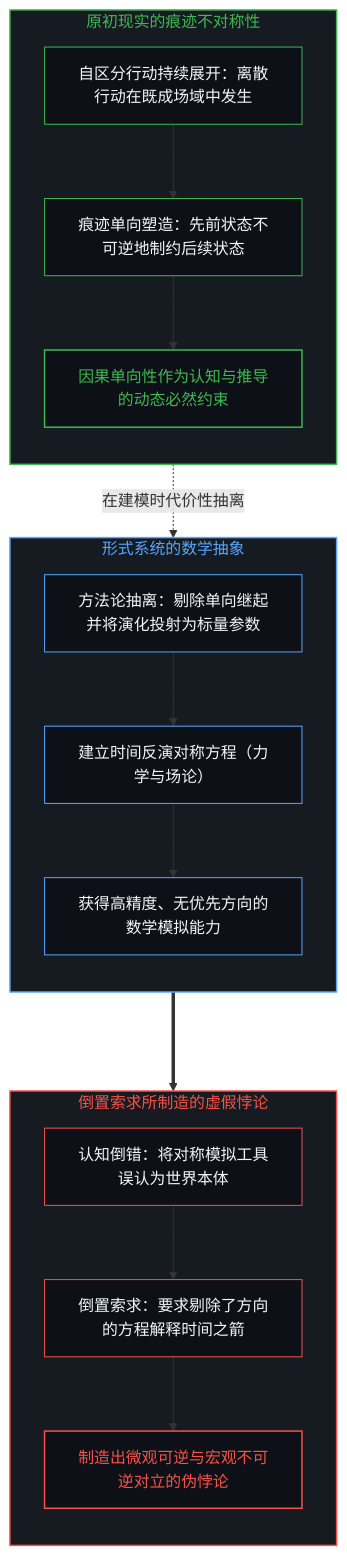
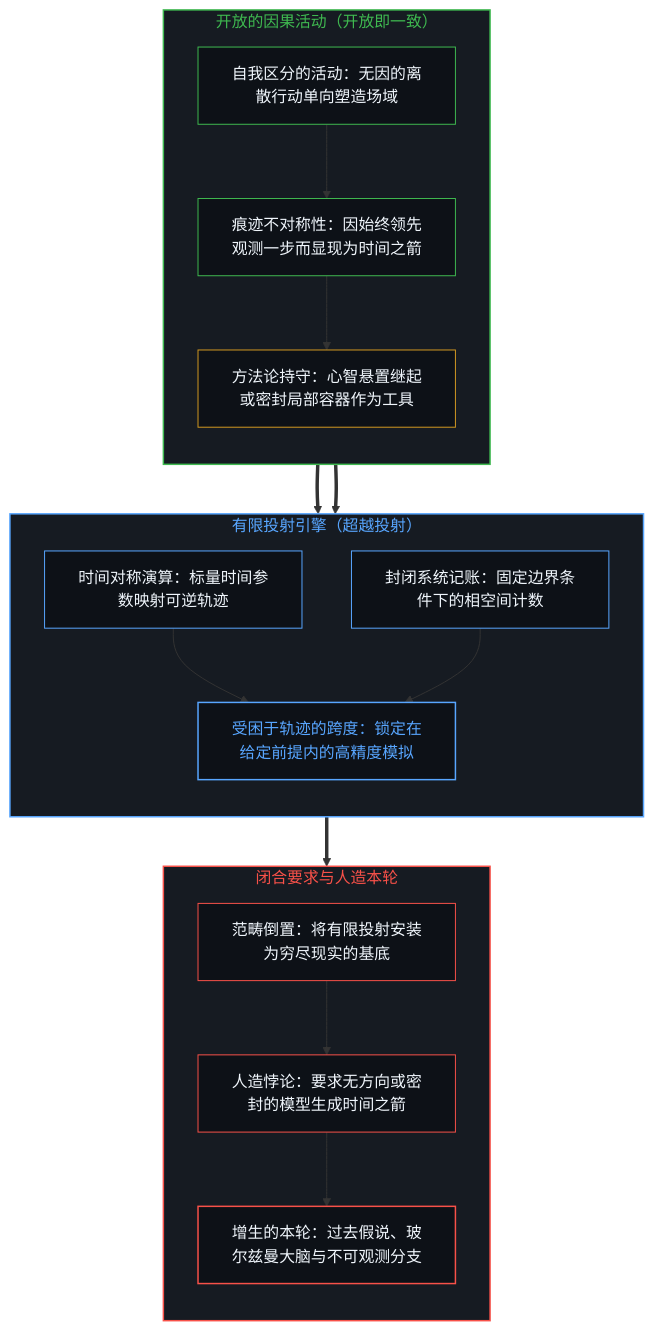
The first of 2 diagrams in content/posts/the-mirage-of-times-arrow-and-the-boundaries-of-simulation.md (powerpig99/not-a-toe), drawn with Mermaid before and after one commit. The commit also changed other lines of this file and 1 other file, not shown here.

Commit message:
Refine Post (Wave 3 L2 #102): the-mirage-of-times-arrow-and-the-boundaries-of-simulation

````diff
--- a/content/posts/the-mirage-of-times-arrow-and-the-boundaries-of-simulation.md
+++ b/content/posts/the-mirage-of-times-arrow-and-the-boundaries-of-simulation.md
@@ -15,36 +27,44 @@
 ```mermaid
-graph TD
-    subgraph S_OntologicalGround ["原初现实的痕迹不对称性"]
+flowchart TD
+    subgraph S_OpenEdge ["开放的因果活动（开放即一致）"]
         direction TB
-        A_Action["自区分行动持续展开：离散行动在既成场域中发生"] --> B_TraceAsymmetry["痕迹单向塑造：先前状态不可逆地制约后续状态"]
-        B_TraceAsymmetry --> C_DynamicNecessity["因果单向性作为认知与推导的动态必然约束"]
+        O_Act["自我区分的活动：无因的离散行动单向塑造场域"]
+        O_Asym["痕迹不对称性：因始终领先观测一步而显现为时间之箭"]
+        O_Hold["方法论持守：心智悬置继起或密封局部容器作为工具"]
+        O_Act --> O_Asym --> O_Hold
     end
 
-    subgraph S_FormalAbstraction ["形式系统的数学抽象"]
+    subgraph S_Projection ["有限投射引擎（超越投射）"]
         direction TB
-        D_MethodOmission["方法论抽离：剔除单向继起并将演化投射为标量参数"] --> E_SymmetricEquations["建立时间反演对称方程（力学与场论）"]
-        E_SymmetricEquations --> F_HighFidelitySim["获得高精度、无优先方向的数学模拟能力"]
+        P_Sym["时间对称演算：标量时间参数映射可逆轨迹"]
+        P_Box["封闭系统记账：固定边界条件下的相空间计数"]
+        P_Limit["受困于轨迹的跨度：锁定在给定前提内的高精度模拟"]
+        P_Sym --> P_Limit
+        P_Box --> P_Limit
     end
 
-    subgraph S_InversionParadox ["倒置索求所制造的虚假悖论"]
+    subgraph S_Inversion ["闭合要求与人造本轮"]
         direction TB
-        G_MistakeMap["认知倒错：将对称模拟工具误认为世界本体"] --> H_DemandArrow["倒置索求：要求剔除了方向的方程解释时间之箭"]
-        H_DemandArrow --> I_ManufacturedParadox["制造出微观可逆与宏观不可逆对立的伪悖论"]
+        I_Reify["范畴倒置：将有限投射安装为穷尽现实的基底"]
+        I_Paradox["人造悖论：要求无方向或密封的模型生成时间之箭"]
+        I_Patch["增生的本轮：过去假说、玻尔兹曼大脑与不可观测分支"]
+        I_Reify --> I_Paradox --> I_Patch
     end
 
-    C_DynamicNecessity -. "在建模时代价性抽离" .-> D_MethodOmission
-    F_HighFidelitySim ===> G_MistakeMap
+    O_Hold ==> P_Sym
+    O_Hold ==> P_Box
+    P_Limit ==> I_Reify
 
-    style S_OntologicalGround fill:#161b22,stroke:#3fb950,stroke-width:1.5px,color:#3fb950
-    style S_FormalAbstraction fill:#161b22,stroke:#58a6ff,stroke-width:1.5px,color:#58a6ff
-    style S_InversionParadox fill:#161b22,stroke:#f85149,stroke-width:1.5px,color:#f85149
-    style A_Action fill:#0d1117,stroke:#3fb950,stroke-width:1px,color:#f0f6fc
-    style B_TraceAsymmetry fill:#0d1117,stroke:#3fb950,stroke-width:1px,color:#f0f6fc
-    style C_DynamicNecessity fill:#0d1117,stroke:#3fb950,stroke-width:1.5px,color:#3fb950
-    style D_MethodOmission fill:#0d1117,stroke:#58a6ff,stroke-width:1px,color:#f0f6fc
-    style E_SymmetricEquations fill:#0d1117,stroke:#58a6ff,stroke-width:1px,color:#f0f6fc
-    style F_HighFidelitySim fill:#0d1117,stroke:#58a6ff,stroke-width:1px,color:#f0f6fc
-    style G_MistakeMap fill:#0d1117,stroke:#f85149,stroke-width:1px,color:#f0f6fc
-    style H_DemandArrow fill:#0d1117,stroke:#f85149,stroke-width:1px,color:#f0f6fc
-    style I_ManufacturedParadox fill:#0d1117,stroke:#f85149,stroke-width:1.5px,color:#f85149
+    style S_OpenEdge fill:#161b22,stroke:#3fb950,stroke-width:1.5px,color:#3fb950
+    style S_Projection fill:#161b22,stroke:#58a6ff,stroke-width:1.5px,color:#58a6ff
+    style S_Inversion fill:#161b22,stroke:#f85149,stroke-width:1.5px,color:#f85149
+    style O_Act fill:#0d1117,stroke:#3fb950,stroke-width:1px,color:#f0f6fc
+    style O_Asym fill:#0d1117,stroke:#3fb950,stroke-width:1px,color:#f0f6fc
+    style O_Hold fill:#0d1117,stroke:#d29922,stroke-width:1px,color:#f0f6fc
+    style P_Sym fill:#0d1117,stroke:#58a6ff,stroke-width:1px,color:#f0f6fc
+    style P_Box fill:#0d1117,stroke:#58a6ff,stroke-width:1px,color:#f0f6fc
+    style P_Limit fill:#0d1117,stroke:#58a6ff,stroke-width:1.5px,color:#58a6ff
+    style I_Reify fill:#0d1117,stroke:#f85149,stroke-width:1px,color:#f0f6fc
+    style I_Paradox fill:#0d1117,stroke:#f85149,stroke-width:1px,color:#f0f6fc
+    style I_Patch fill:#0d1117,stroke:#f85149,stroke-width:1.5px,color:#f0f6fc
 ```
````
